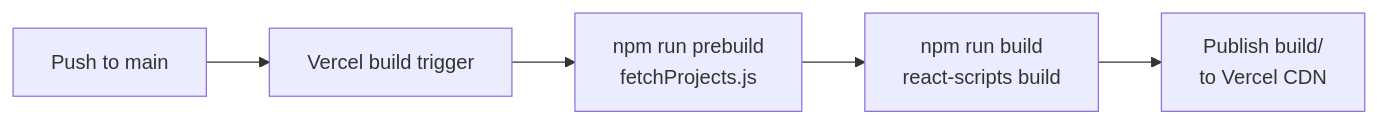
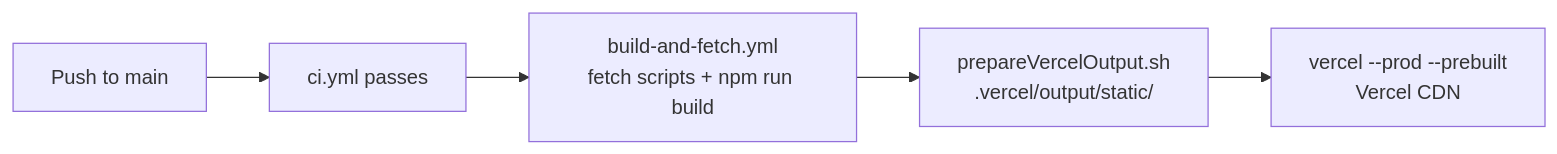
One commit to Keglev/my-portfolio changed the diagram in docs/DEPLOY.md. Above: the diagram before and after it, drawn with Mermaid. The commit also changed other lines of this file and 4 other files, not shown here.

Commit message:
Updated Architecture docs to reflect last changes in code

````diff
--- a/docs/DEPLOY.md
+++ b/docs/DEPLOY.md
@@ -46,7 +46,7 @@
 ```mermaid
 flowchart LR
-    A[Push to main] --> B[Vercel build trigger]
-    B --> C[npm run prebuild\nfetchProjects.js]
-    C --> D[npm run build\nreact-scripts build]
-    D --> E[Publish build/\nto Vercel CDN]
+    A[Push to main] --> B[ci.yml passes]
+    B --> C[build-and-fetch.yml\nfetch scripts + npm run build]
+    C --> D[prepareVercelOutput.sh\n.vercel/output/static/]
+    D --> E[vercel --prod --prebuilt\nVercel CDN]
 ```
````
